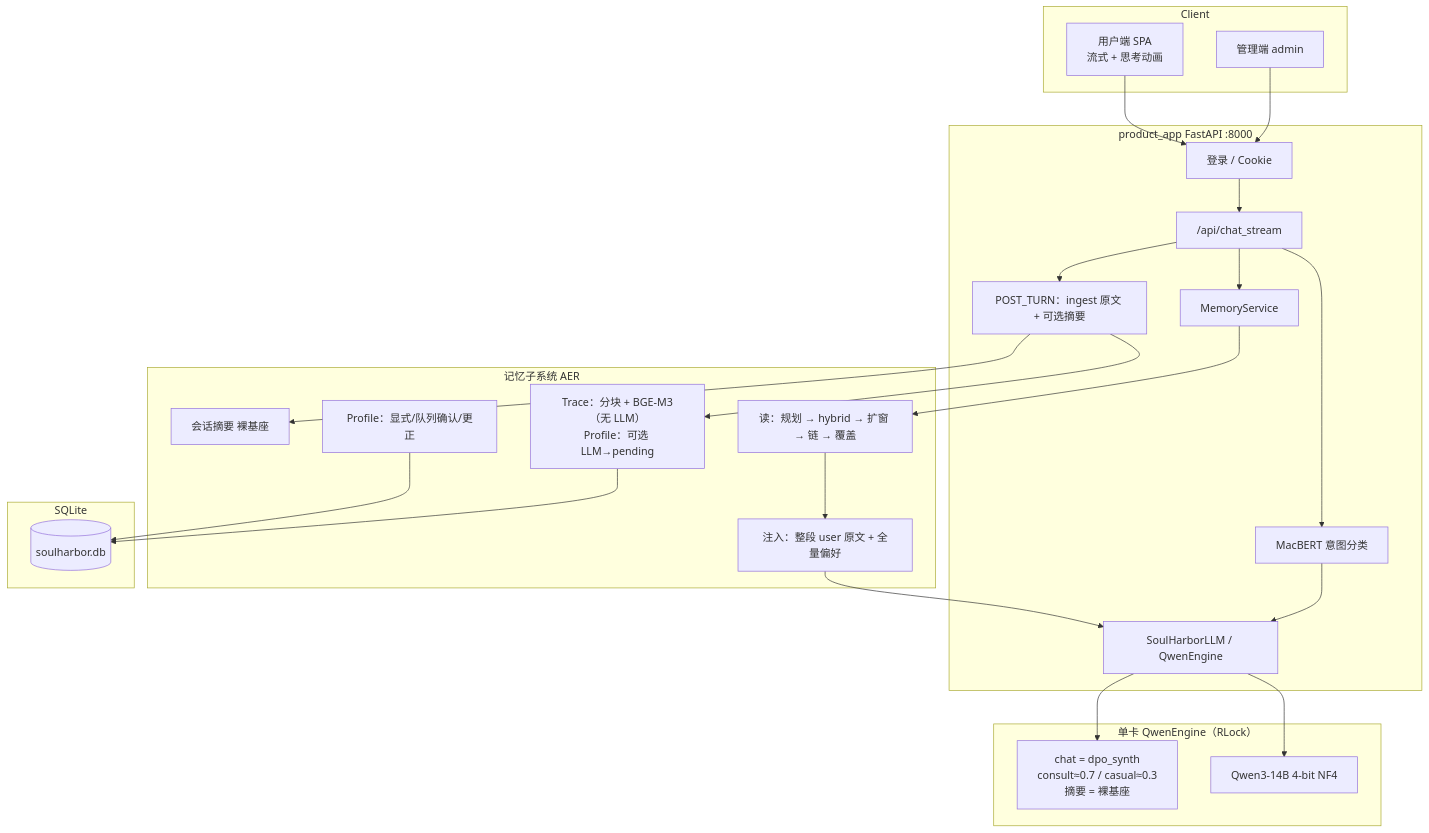
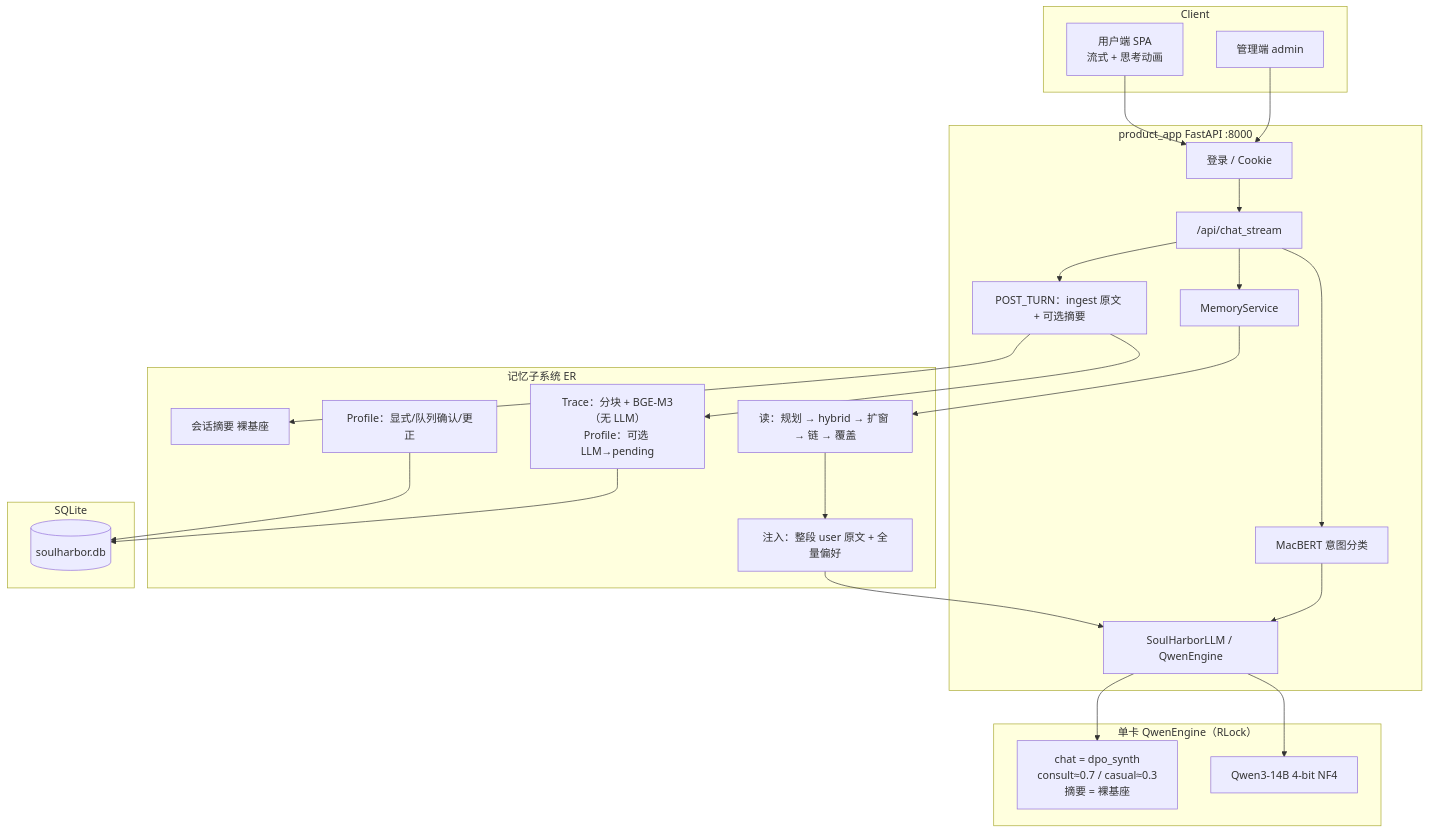
Before and after one commit to Hi-Zachary/Soulharbor: the diagram in 项目文档/01_项目大纲与架构.md, drawn with Mermaid. The commit also changed other lines of this file and 51 other files, not shown here.

First line of the commit message:
Finalize ER memory rename and simplify retrieval selection.

````diff
--- a/项目文档/01_项目大纲与架构.md
+++ b/项目文档/01_项目大纲与架构.md
@@ -52,45 +52,45 @@
 ```mermaid
 flowchart TB
   subgraph Client
     UI[用户端 SPA<br/>流式 + 思考动画]
     Admin[管理端 admin]
   end
 
   subgraph FastAPI["product_app FastAPI :8000"]
     Auth[登录 / Cookie]
     Chat["/api/chat_stream"]
     Intent[MacBERT 意图分类]
     MemSvc[MemoryService]
     LLM[SoulHarborLLM / QwenEngine]
     Post[POST_TURN：ingest 原文 + 可选摘要]
   end
 
   subgraph GPU["单卡 QwenEngine（RLock）"]
     Base[Qwen3-14B 4-bit NF4]
     ChatAdp["chat = dpo_synth<br/>consult≈0.7 / casual≈0.3<br/>摘要 = 裸基座"]
   end
 
-  subgraph Memory["记忆子系统 AER"]
+  subgraph Memory["记忆子系统 ER"]
     Ingest["Trace：分块 + BGE-M3（无 LLM）\nProfile：可选 LLM→pending"]
     Profile["Profile：显式/队列确认/更正"]
     Ret["读：规划 → hybrid → 扩窗 → 链 → 覆盖"]
     Inject["注入：整段 user 原文 + 全量偏好"]
     Sum[会话摘要 裸基座]
   end
 
   subgraph Store[SQLite]
     DB[(soulharbor.db)]
   end
 
   UI --> Auth --> Chat
   Chat --> Intent --> LLM
   Chat --> MemSvc
   MemSvc --> Ret --> Inject --> LLM
   Chat --> Post --> Ingest
   Post --> Sum
   Ingest --> DB
   Profile --> DB
   LLM --> Base
   LLM --> ChatAdp
   Admin --> Auth
 ```
````
